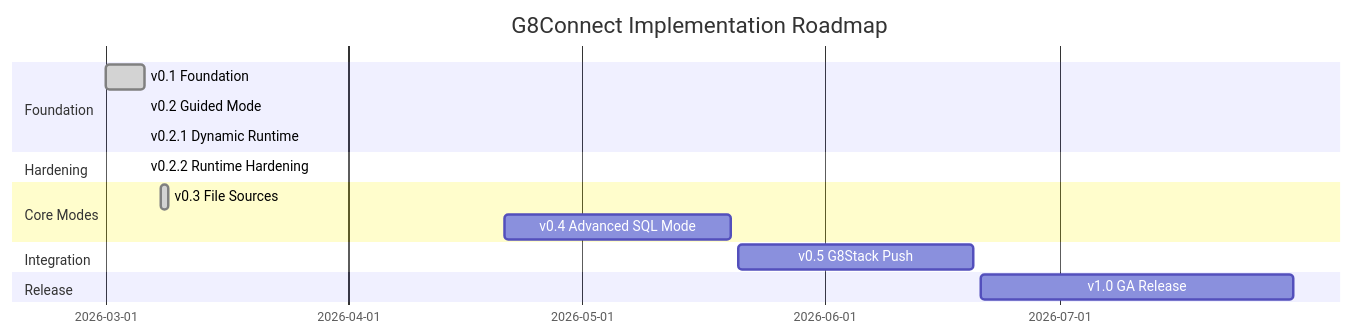
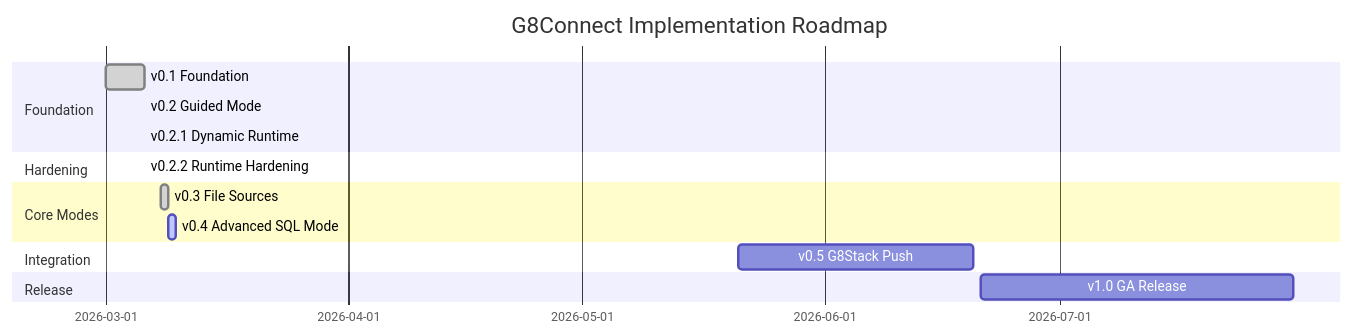
The first of 3 diagrams in docs/05-roadmap/01-implementation-roadmap.md (developers-hub-my/g8stack-connect), drawn with Mermaid before and after one commit. The commit also changed other lines of this file and 6 other files, not shown here.

First line of the commit message:
Add Advanced SQL Mode documentation and update roadmap

````diff
--- a/docs/05-roadmap/01-implementation-roadmap.md
+++ b/docs/05-roadmap/01-implementation-roadmap.md
@@ -23,18 +23,18 @@
 ```mermaid
 gantt
   title G8Connect Implementation Roadmap
   dateFormat YYYY-MM-DD
   section Foundation
     v0.1 Foundation         :done, 2026-03-01, 2026-03-06
     v0.2 Guided Mode        :done, 2026-03-06, 2026-03-06
     v0.2.1 Dynamic Runtime  :done, 2026-03-06, 2026-03-06
   section Hardening
     v0.2.2 Runtime Hardening :done, 2026-03-06, 2026-03-06
   section Core Modes
     v0.3 File Sources       :done, 2026-03-08, 2026-03-09
-    v0.4 Advanced SQL Mode  :2026-04-21, 2026-05-20
+    v0.4 Advanced SQL Mode  :active, 2026-03-09, 2026-03-10
   section Integration
     v0.5 G8Stack Push       :2026-05-21, 2026-06-20
   section Release
     v1.0 GA Release         :2026-06-21, 2026-07-31
 ```
````
